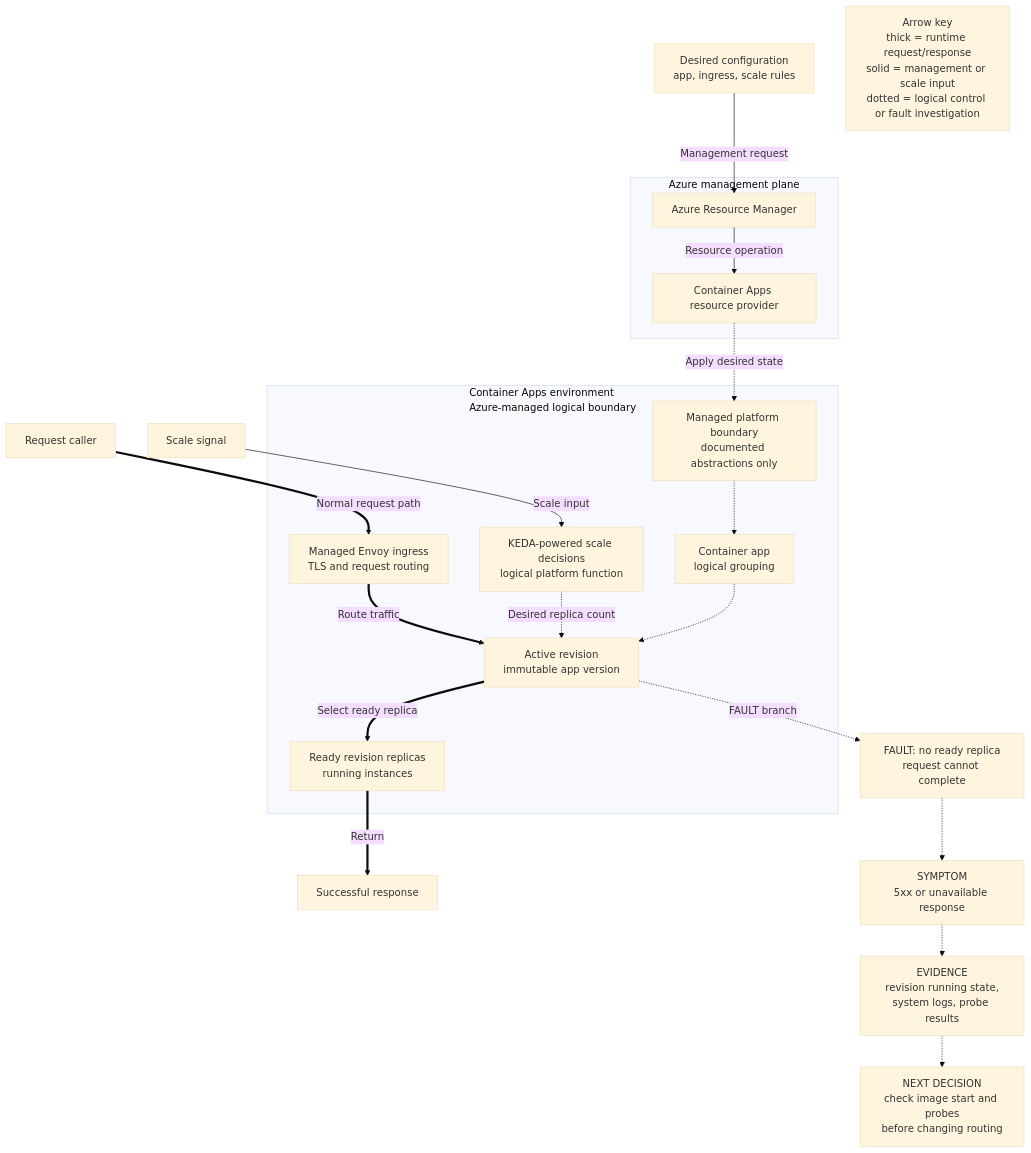
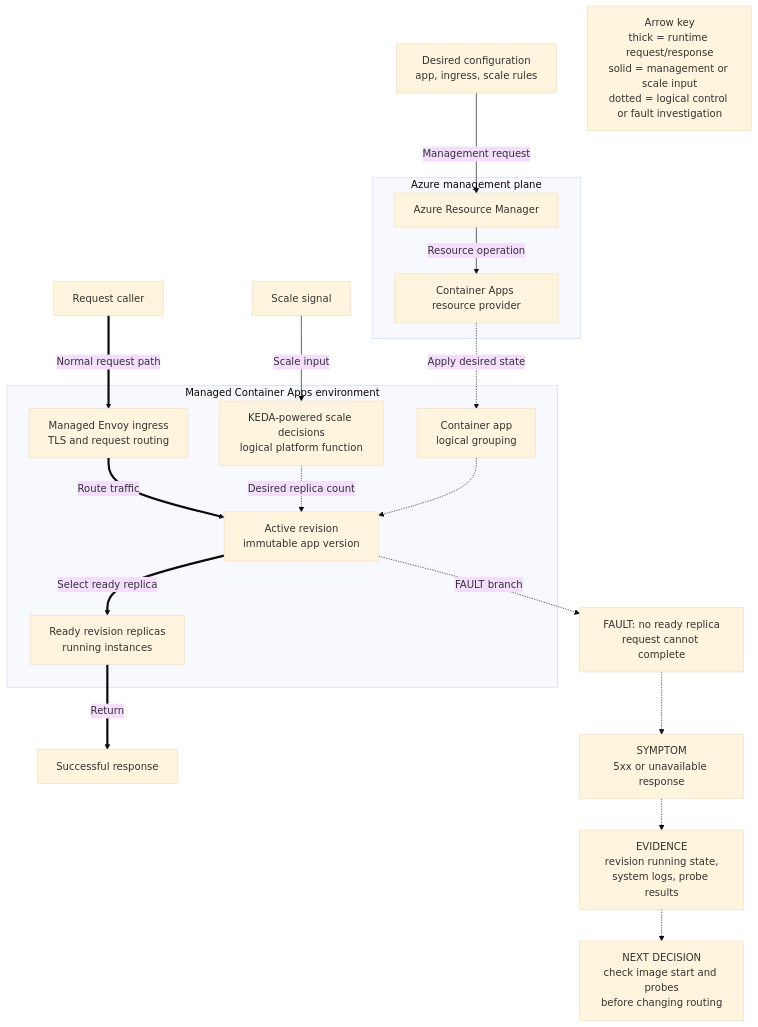
One commit to yeongseon/azure-container-apps-practical-guide changed the second of 2 diagrams in docs/platform/architecture/index.md. Above: the diagram before and after it, drawn with Mermaid (base theme). The commit also changed other lines of this file and 1 other file, not shown here.

Commit message:
fix(diagrams): correct ACA topology semantics

````diff
--- a/docs/platform/architecture/index.md
+++ b/docs/platform/architecture/index.md
@@ -118,50 +118,48 @@
 ```mermaid
 flowchart TD
     accTitle: Azure Container Apps management and runtime diagnostic paths
     accDescr: The management path configures a managed environment. The normal runtime path sends a request through managed Envoy ingress to an active revision and ready replicas. A dashed fault branch shows the symptom, evidence, and next check when no replica is ready.
 
     CONFIG["Desired configuration<br/>app, ingress, scale rules"]
     CALLER["Request caller"]
     SIGNAL["Scale signal"]
 
     subgraph MGMT["Azure management plane"]
         ARM["Azure Resource Manager"]
         RP["Container Apps resource provider"]
     end
 
-    subgraph ENV["Container Apps environment<br/>Azure-managed logical boundary"]
-        ENV_SCOPE["Managed platform boundary<br/>documented abstractions only"]
+    subgraph ENV["Managed Container Apps environment"]
         INGRESS["Managed Envoy ingress<br/>TLS and request routing"]
         SCALE["KEDA-powered scale decisions<br/>logical platform function"]
         APP["Container app<br/>logical grouping"]
         REV_ACTIVE["Active revision<br/>immutable app version"]
         REPLICAS["Ready revision replicas<br/>running instances"]
     end
 
     RESPONSE["Successful response"]
     FAULT["FAULT: no ready replica<br/>request cannot complete"]
     SYMPTOM["SYMPTOM<br/>5xx or unavailable response"]
     EVIDENCE["EVIDENCE<br/>revision running state,<br/>system logs, probe results"]
     NEXT["NEXT DECISION<br/>check image start and probes<br/>before changing routing"]
 
     CONFIG -->|"Management request"| ARM
     ARM -->|"Resource operation"| RP
-    RP -.->|"Apply desired state"| ENV_SCOPE
+    RP -.->|"Apply desired state"| APP
 
     CALLER ==>|"Normal request path"| INGRESS
     INGRESS ==>|"Route traffic"| REV_ACTIVE
     REV_ACTIVE ==>|"Select ready replica"| REPLICAS
     REPLICAS ==>|"Return"| RESPONSE
 
     SIGNAL -->|"Scale input"| SCALE
     SCALE -.->|"Desired replica count"| REV_ACTIVE
-    ENV_SCOPE -.-> APP
     APP -.-> REV_ACTIVE
 
     REV_ACTIVE -.->|"FAULT branch"| FAULT
     FAULT -.-> SYMPTOM
     SYMPTOM -.-> EVIDENCE
     EVIDENCE -.-> NEXT
 
     LEGEND["Arrow key<br/>thick = runtime request/response<br/>solid = management or scale input<br/>dotted = logical control or fault investigation"]
 ```
````
